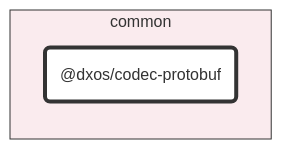
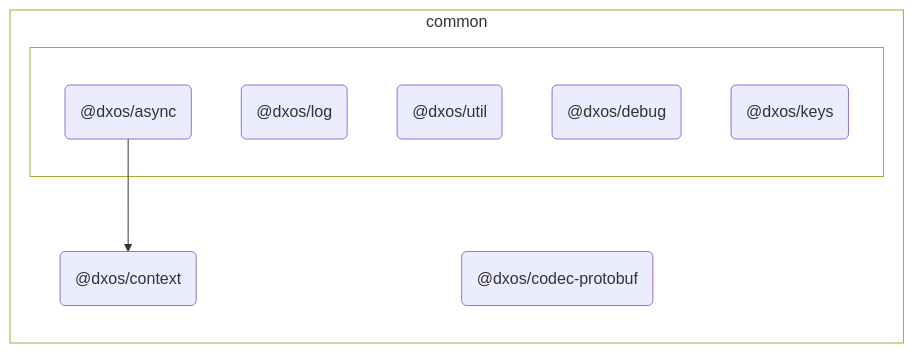
One commit to dxos/dxos changed the diagram in packages/common/codec-protobuf/docs/README.md. Above: the diagram before and after it, drawn with Mermaid. The commit also changed other lines of this file and 127 other files, not shown here.

````diff
--- a/packages/common/codec-protobuf/docs/README.md
+++ b/packages/common/codec-protobuf/docs/README.md
@@ -7,20 +7,36 @@
 ```mermaid
 %%{ init: {'flowchart':{'curve':'basis'}} }%%
 
 flowchart LR
 
 %% Classes
-classDef def fill:#fff,stroke:#333,stroke-width:1px
-classDef root fill:#fff,stroke:#333,stroke-width:4px
+
+
 
 %% Nodes
 
 subgraph common [common]
-  style common fill:#faebee,stroke:#333
+  style common fill:transparent
   dxos/codec-protobuf("@dxos/codec-protobuf"):::root
   click dxos/codec-protobuf "dxos/dxos/tree/main/packages/common/codec-protobuf/docs"
+  dxos/context("@dxos/context"):::def
+  click dxos/context "dxos/dxos/tree/main/packages/common/context/docs"
+
+  subgraph _ [ ]
+    style _ fill:transparent
+    dxos/async("@dxos/async"):::def
+    click dxos/async "dxos/dxos/tree/main/packages/common/async/docs"
+    dxos/log("@dxos/log"):::def
+    click dxos/log "dxos/dxos/tree/main/packages/common/log/docs"
+    dxos/util("@dxos/util"):::def
+    click dxos/util "dxos/dxos/tree/main/packages/common/util/docs"
+    dxos/debug("@dxos/debug"):::def
+    click dxos/debug "dxos/dxos/tree/main/packages/common/debug/docs"
+    dxos/keys("@dxos/keys"):::def
+    click dxos/keys "dxos/dxos/tree/main/packages/common/keys/docs"
+  end
 end
 
 %% Links
-linkStyle default stroke:#333,stroke-width:1px
+dxos/async --> dxos/context
 ```
````
